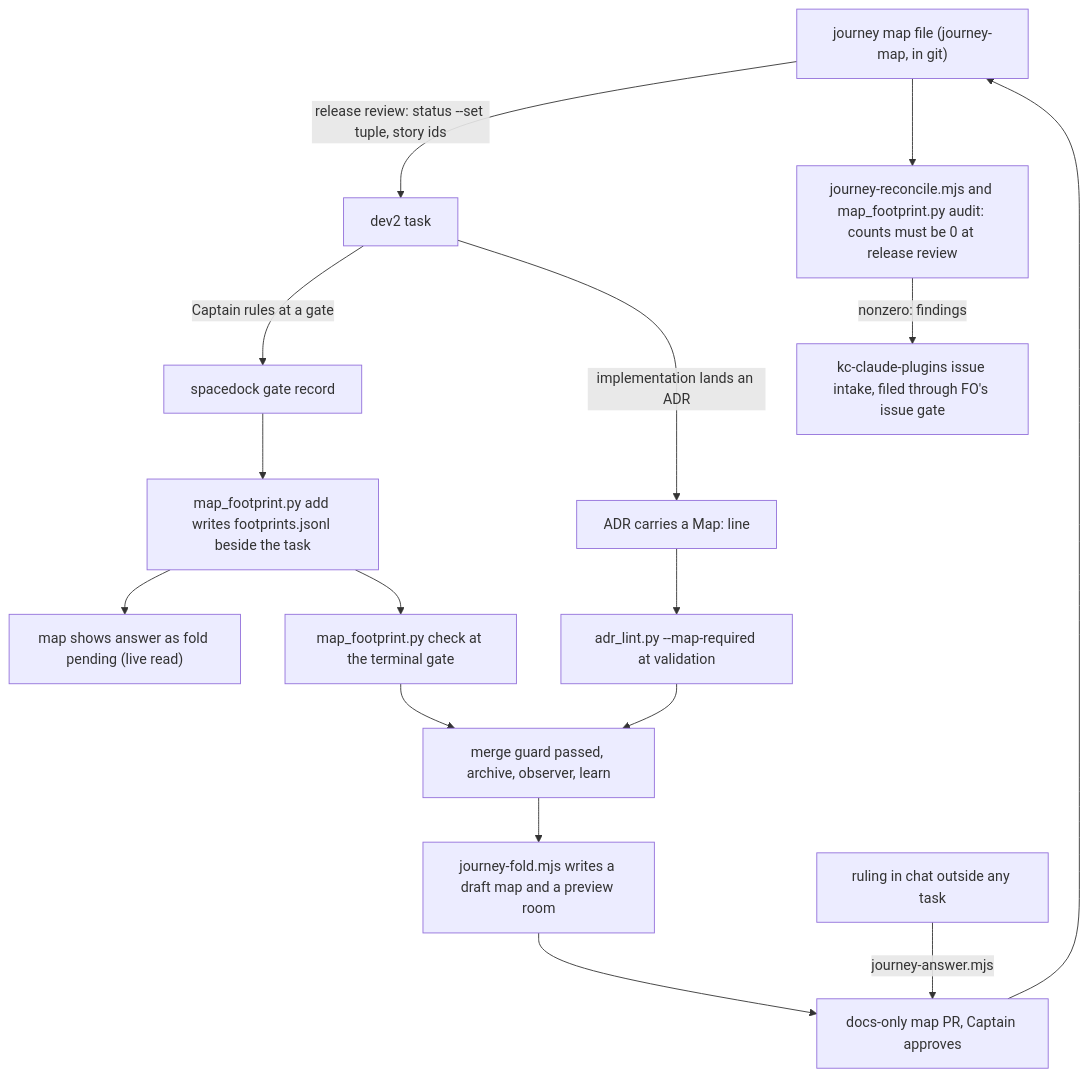
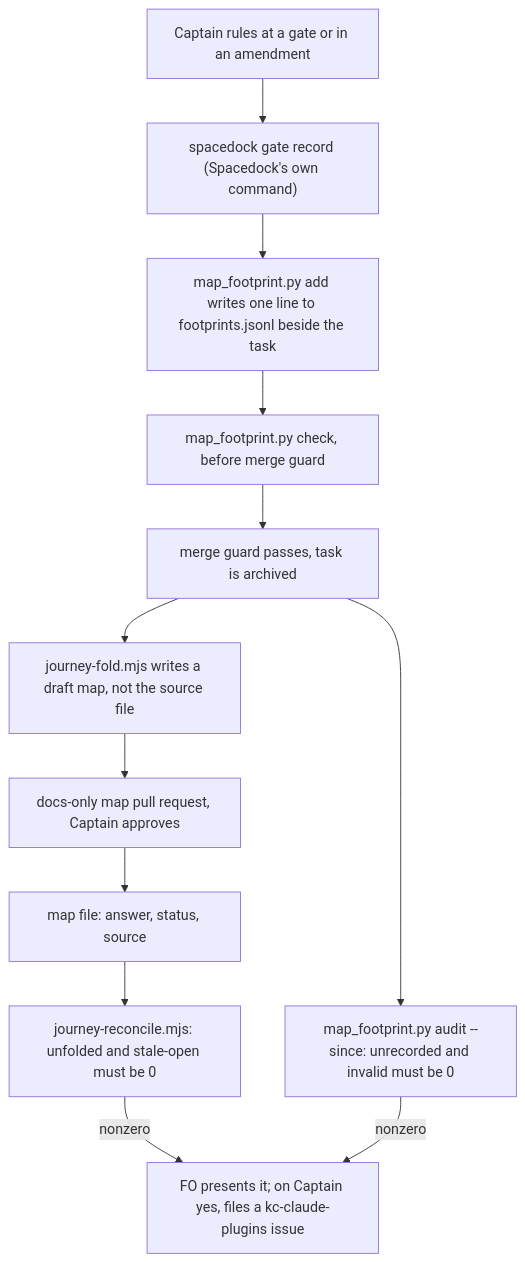
Before and after one commit to iamcxa/kc-claude-plugins: the first of 2 diagrams in journey-map-dev2-contract.md, drawn with Mermaid. The commit also changed other lines of this file, not shown here.

Commit message:
docs(dev2): journey-map-dev2-contract ideation redone for scope one

````diff
--- a/journey-map-dev2-contract.md
+++ b/journey-map-dev2-contract.md
@@ -149,18 +153,14 @@
 ```mermaid
 flowchart TD
-    MAP["journey map file (journey-map, in git)"] -->|"release review: status --set tuple, story ids"| TASK["dev2 task"]
-    TASK -->|"Captain rules at a gate"| GATE["spacedock gate record"]
-    GATE --> FP["map_footprint.py add writes footprints.jsonl beside the task"]
-    FP --> LIVE["map shows answer as fold pending (live read)"]
-    TASK -->|"implementation lands an ADR"| ADR["ADR carries a Map: line"]
-    FP --> CHK["map_footprint.py check at the terminal gate"]
-    ADR --> LINT["adr_lint.py --map-required at validation"]
-    CHK --> ARCH["merge guard passed, archive, observer, learn"]
-    LINT --> ARCH
-    ARCH --> FOLD["journey-fold.mjs writes a draft map and a preview room"]
-    FOLD --> PR["docs-only map PR, Captain approves"]
-    PR --> MAP
-    CHAT["ruling in chat outside any task"] -->|"journey-answer.mjs"| PR
-    MAP --> REC["journey-reconcile.mjs and map_footprint.py audit: counts must be 0 at release review"]
-    REC -->|"nonzero: findings"| ISSUE["kc-claude-plugins issue intake, filed through FO's issue gate"]
+    RULE["Captain rules at a gate or in an amendment"] --> REC["spacedock gate record (Spacedock's own command)"]
+    REC --> ADD["map_footprint.py add writes one line to footprints.jsonl beside the task"]
+    ADD --> CHK["map_footprint.py check, before merge guard"]
+    CHK --> ARCH["merge guard passes, task is archived"]
+    ARCH --> FOLD["journey-fold.mjs writes a draft map, not the source file"]
+    FOLD --> PR["docs-only map pull request, Captain approves"]
+    PR --> MAP["map file: answer, status, source"]
+    MAP --> RECON["journey-reconcile.mjs: unfolded and stale-open must be 0"]
+    ARCH --> AUD["map_footprint.py audit --since: unrecorded and invalid must be 0"]
+    RECON -->|"nonzero"| ISSUE["FO presents it; on Captain yes, files a kc-claude-plugins issue"]
+    AUD -->|"nonzero"| ISSUE
 ```
````
